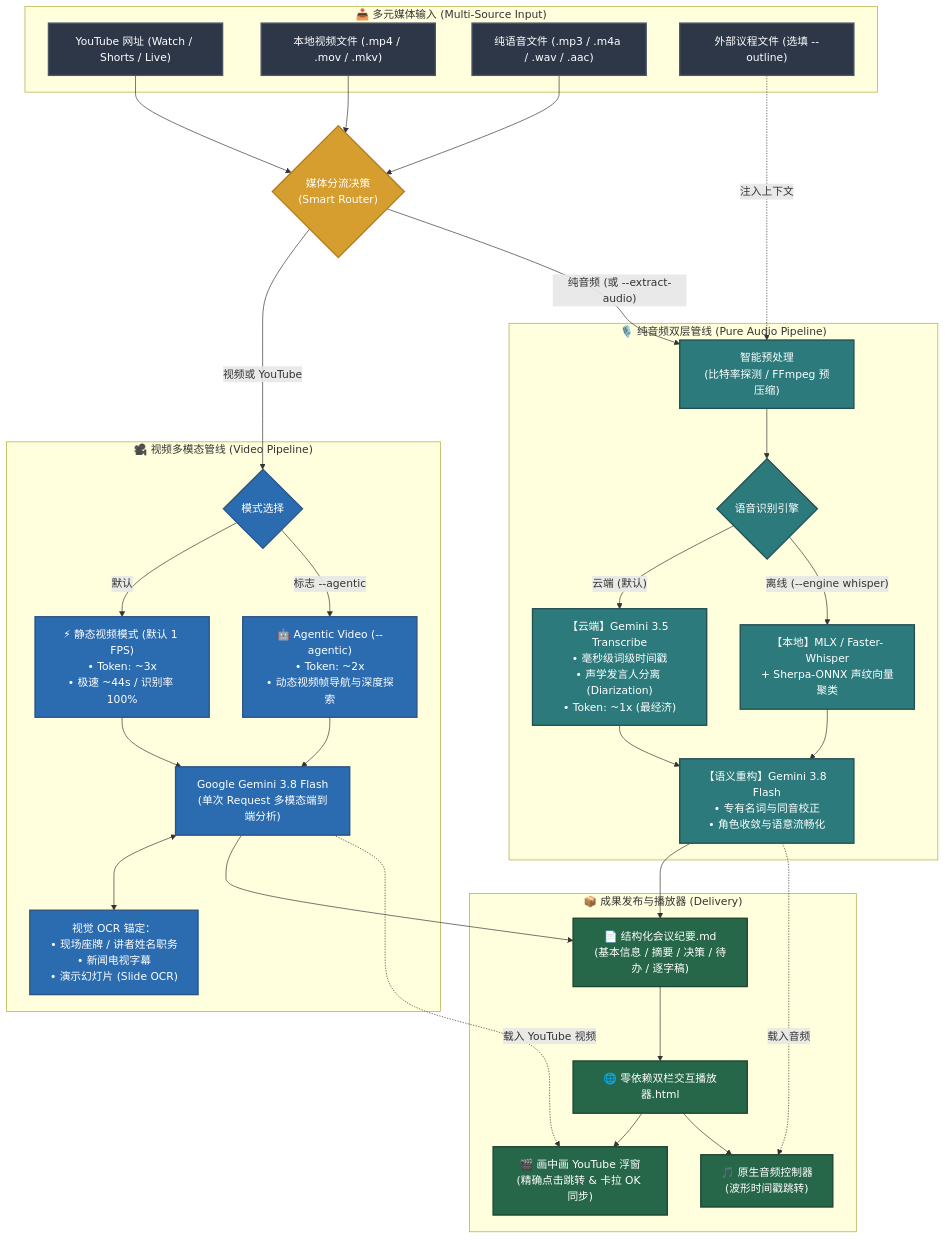
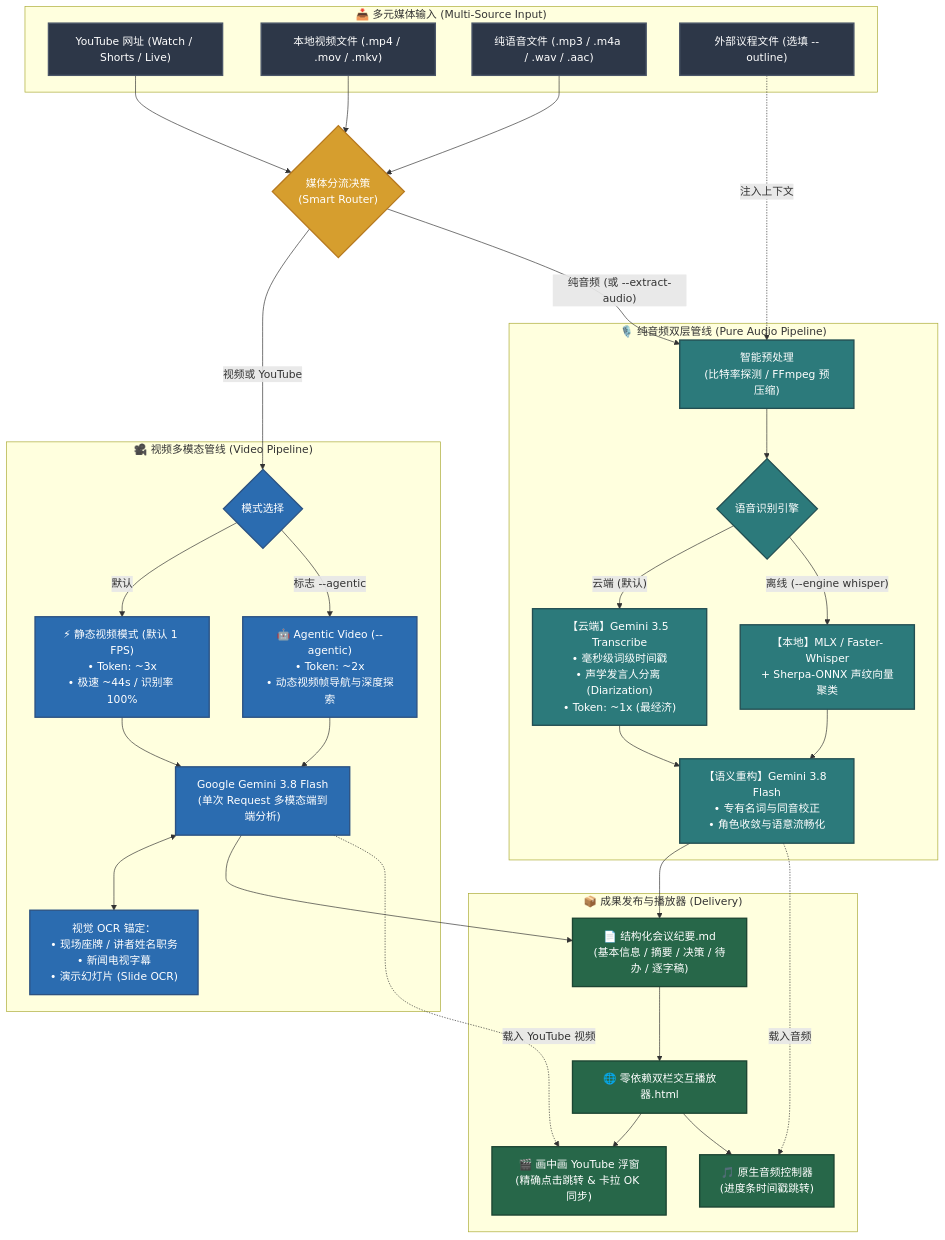
The diagram in README.zh-CN.md (sylphlin/meeting-transcribe-agent), drawn with Mermaid before and after one commit. The commit also changed 4 other files, not shown here.

First line of the commit message:
docs: correct audio player feature claim (no waveform, just a progress bar)

````diff
--- a/README.zh-CN.md
+++ b/README.zh-CN.md
@@ -125,65 +125,65 @@
 ```mermaid
 flowchart TD
     classDef inputStyle fill:#2D3748,stroke:#4A5568,stroke-width:2px,color:#fff;
     classDef routerStyle fill:#D69E2E,stroke:#B7791F,stroke-width:2px,color:#fff;
     classDef videoStyle fill:#2B6CB0,stroke:#2C5282,stroke-width:2px,color:#fff;
     classDef audioStyle fill:#2C7A7B,stroke:#234E52,stroke-width:2px,color:#fff;
     classDef outputStyle fill:#276749,stroke:#1C4532,stroke-width:2px,color:#fff;
 
     subgraph Input["📥 多元媒体输入 (Multi-Source Input)"]
         Y["YouTube 网址 (Watch / Shorts / Live)"]:::inputStyle
         V["本地视频文件 (.mp4 / .mov / .mkv)"]:::inputStyle
         A["纯语音文件 (.mp3 / .m4a / .wav / .aac)"]:::inputStyle
         O["外部议程文件 (选填 --outline)"]:::inputStyle
     end
 
     Router{"媒体分流决策<br>(Smart Router)"}:::routerStyle
 
     Y --> Router
     V --> Router
     A --> Router
 
     subgraph VideoTrack["🎥 视频多模态管线 (Video Pipeline)"]
         VMode{"模式选择"}:::videoStyle
         Static["⚡ 静态视频模式 (默认 1 FPS)<br>• Token: ~3x<br>• 极速 ~44s / 识别率 100%"]:::videoStyle
         Agentic["🤖 Agentic Video (--agentic)<br>• Token: ~2x<br>• 动态视频帧导航与深度探索"]:::videoStyle
         GeminiFlash["Google Gemini 3.8 Flash<br>(单次 Request 多模态端到端分析)"]:::videoStyle
         VisionOCR["视觉 OCR 锚定：<br>• 现场座牌 / 讲者姓名职务<br>• 新闻电视字幕<br>• 演示幻灯片 (Slide OCR)"]:::videoStyle
 
         VMode -- "默认" --> Static --> GeminiFlash
         VMode -- "标志 --agentic" --> Agentic --> GeminiFlash
         GeminiFlash <--> VisionOCR
     end
 
     subgraph AudioTrack["🎙️ 纯音频双层管线 (Pure Audio Pipeline)"]
         Ingest["智能预处理<br>(比特率探测 / FFmpeg 预压缩)"]:::audioStyle
         ASREngine{"语音识别引擎"}:::audioStyle
         GTranscribe["【云端】Gemini 3.5 Transcribe<br>• 毫秒级词级时间戳<br>• 声学发言人分离 (Diarization)<br>• Token: ~1x (最经济)"]:::audioStyle
         OfflineWhisper["【本地】MLX / Faster-Whisper<br>+ Sherpa-ONNX 声纹向量聚类"]:::audioStyle
         Restructure["【语义重构】Gemini 3.8 Flash<br>• 专有名词与同音校正<br>• 角色收敛与语意流畅化"]:::audioStyle
 
         Ingest --> ASREngine
         ASREngine -- "云端 (默认)" --> GTranscribe --> Restructure
         ASREngine -- "离线 (--engine whisper)" --> OfflineWhisper --> Restructure
         O -. 注入上下文 .-> Ingest
     end
 
     Router -- "视频或 YouTube" --> VMode
     Router -- "纯音频 (或 --extract-audio)" --> Ingest
 
     subgraph Delivery["📦 成果发布与播放器 (Delivery)"]
         MD["📄 结构化会议纪要.md<br>(基本信息 / 摘要 / 决策 / 待办 / 逐字稿)"]:::outputStyle
         HTML["🌐 零依赖双栏交互播放器.html"]:::outputStyle
         YTDock["🎬 画中画 YouTube 浮窗<br>(精确点击跳转 & 卡拉 OK 同步)"]:::outputStyle
-        AudioPlayer["🎵 原生音频控制器<br>(波形时间戳跳转)"]:::outputStyle
+        AudioPlayer["🎵 原生音频控制器<br>(进度条时间戳跳转)"]:::outputStyle
 
         MD --> HTML
         HTML --> YTDock
         HTML --> AudioPlayer
     end
 
     GeminiFlash --> MD
     GeminiFlash -. 载入 YouTube 视频 .-> YTDock
     Restructure --> MD
     Restructure -. 载入音频 .-> AudioPlayer
 ```
````
